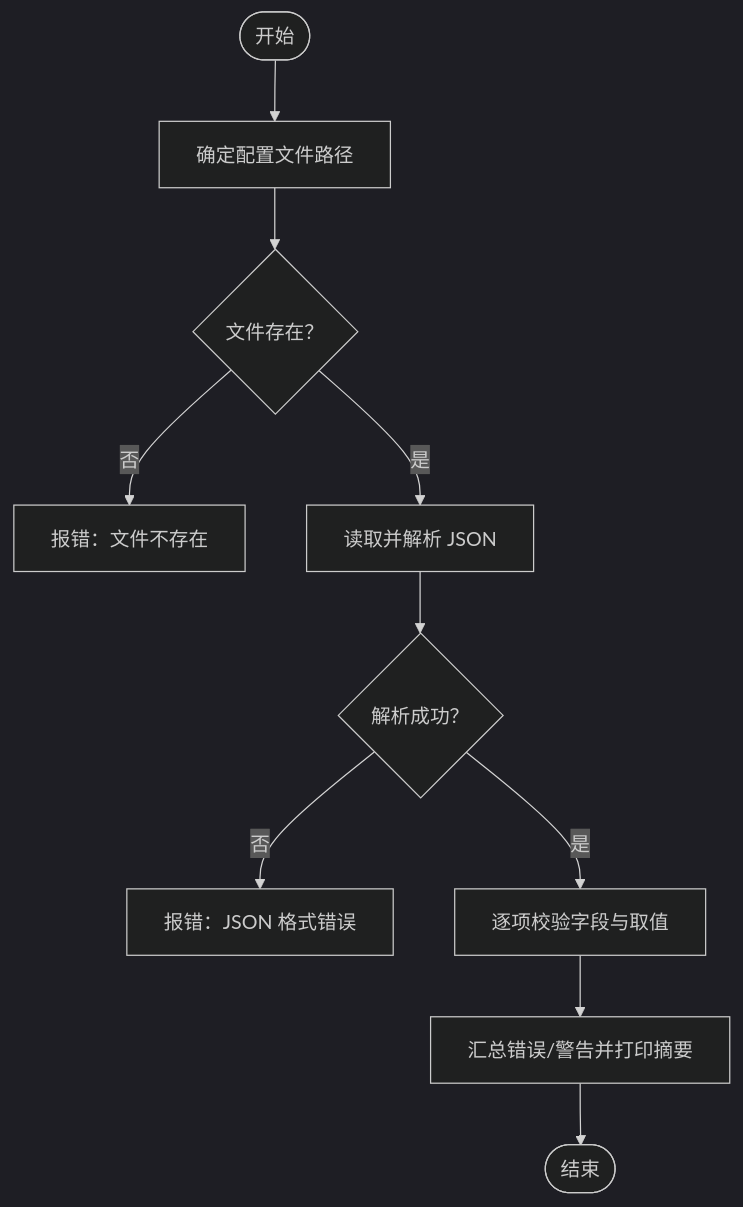
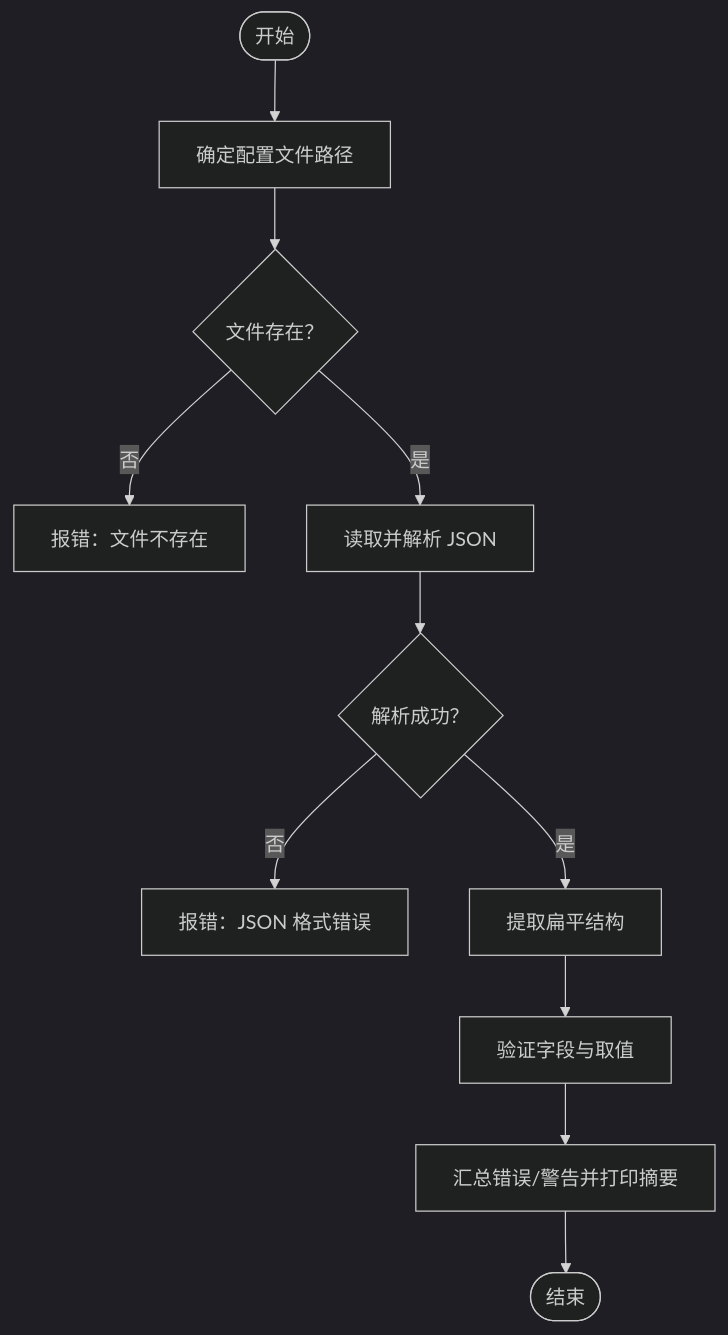
Before and after one commit to bench-prog/backtrader: the fourth of 9 diagrams in .qoder/repowiki/zh/content/实盘交易模块/Binance交易所集成/工具函数库.md, drawn with Mermaid (dark theme). The commit also changed other lines of this file and 4 other files, not shown here.

````diff
--- a/.qoder/repowiki/zh/content/实盘交易模块/Binance交易所集成/工具函数库.md
+++ b/.qoder/repowiki/zh/content/实盘交易模块/Binance交易所集成/工具函数库.md
@@ -192,12 +173,13 @@
 ```mermaid
 flowchart TD
 S(["开始"]) --> Path["确定配置文件路径"]
 Path --> Exists{"文件存在？"}
 Exists -- 否 --> Err["报错：文件不存在"]
 Exists -- 是 --> Load["读取并解析 JSON"]
 Load --> ParseErr{"解析成功？"}
 ParseErr -- 否 --> Err2["报错：JSON 格式错误"]
-ParseErr -- 是 --> Check["逐项校验字段与取值"]
-Check --> Report["汇总错误/警告并打印摘要"]
+ParseErr -- 是 --> Extract["提取扁平结构"]
+Extract --> Validate["验证字段与取值"]
+Validate --> Report["汇总错误/警告并打印摘要"]
 Report --> End(["结束"])
 ```
````
